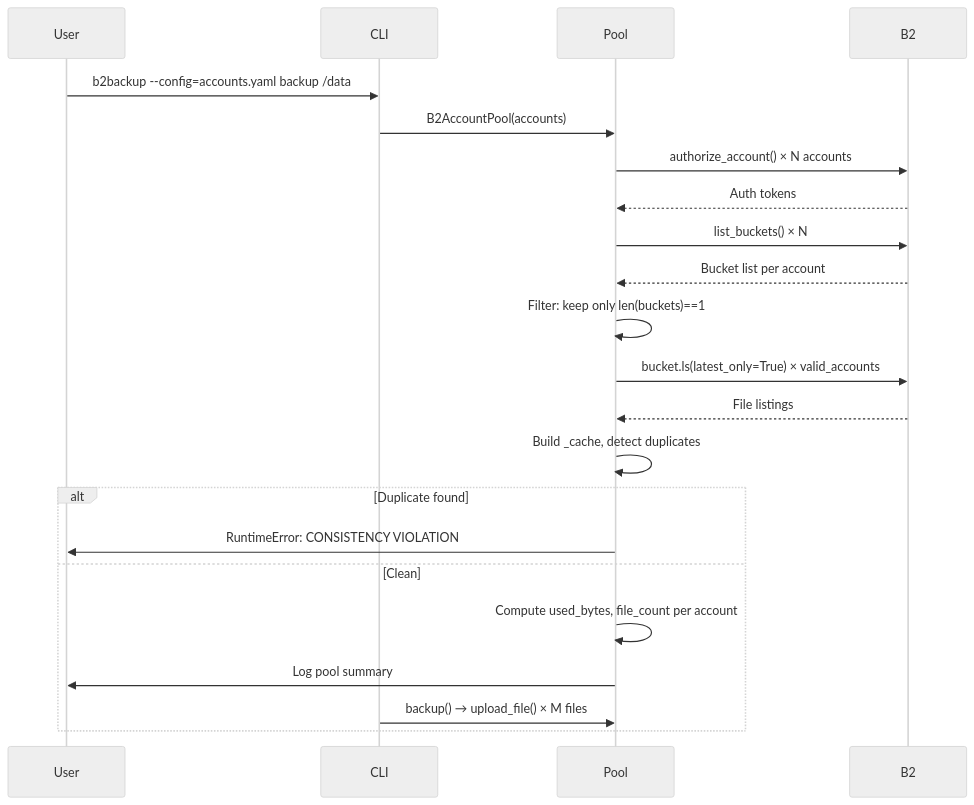
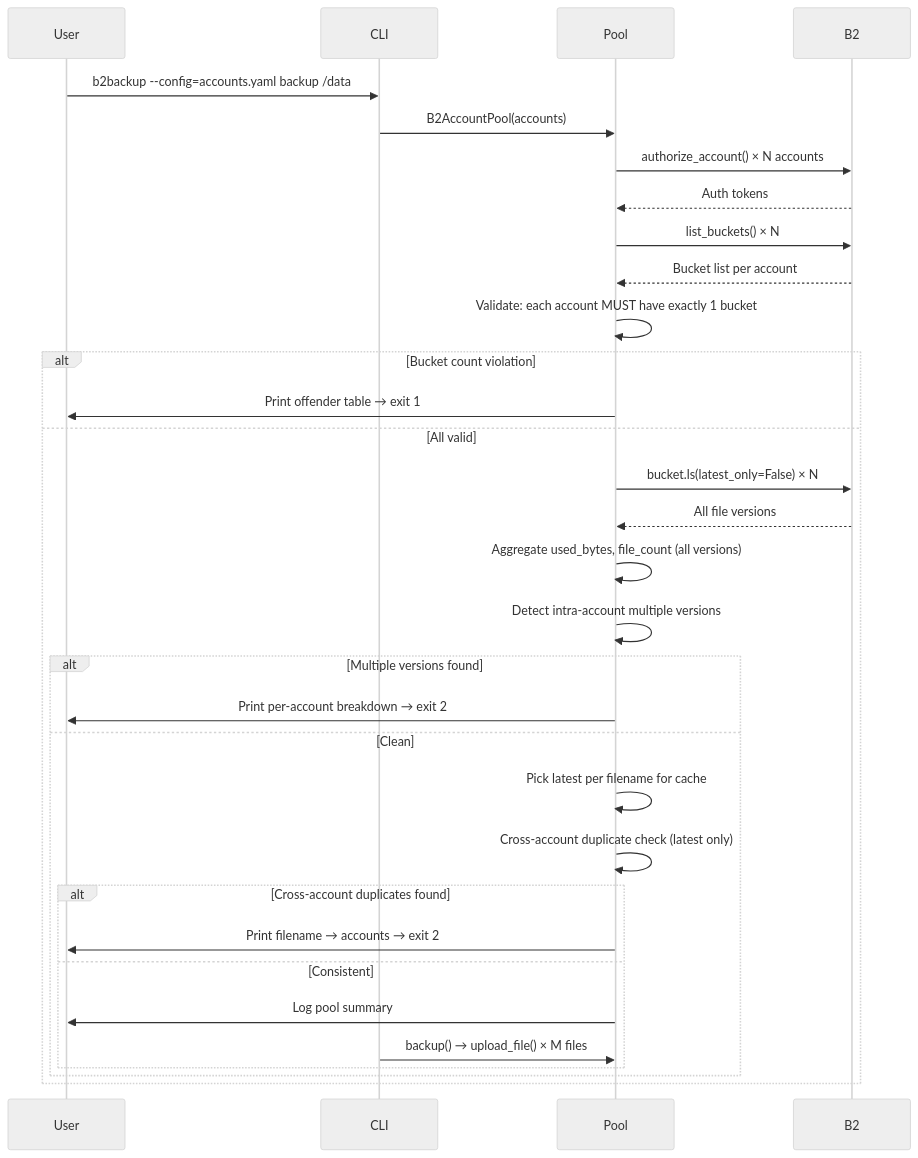
Before and after one commit to txtr/b2backup: the sixth of 6 diagrams in README.md, drawn with Mermaid (neutral theme). The commit also changed other lines of this file and 3 other files, not shown here.

First line of the commit message:
Strict startup validation: bucket count, intra-versions, cross-duplicates

````diff
--- a/README.md
+++ b/README.md
@@ -267,25 +269,35 @@
 ```mermaid
 sequenceDiagram
     participant User
     participant CLI
     participant Pool
     participant B2
 
     User->>CLI: b2backup --config=accounts.yaml backup /data
     CLI->>Pool: B2AccountPool(accounts)
     Pool->>B2: authorize_account() × N accounts
     B2-->>Pool: Auth tokens
     Pool->>B2: list_buckets() × N
     B2-->>Pool: Bucket list per account
-    Pool->>Pool: Filter: keep only len(buckets)==1
-    Pool->>B2: bucket.ls(latest_only=True) × valid_accounts
-    B2-->>Pool: File listings
-    Pool->>Pool: Build _cache, detect duplicates
-    alt Duplicate found
-        Pool->>User: RuntimeError: CONSISTENCY VIOLATION
-    else Clean
-        Pool->>Pool: Compute used_bytes, file_count per account
-        Pool->>User: Log pool summary
-        CLI->>Pool: backup() → upload_file() × M files
+    Pool->>Pool: Validate: each account MUST have exactly 1 bucket
+    alt Bucket count violation
+        Pool->>User: Print offender table → exit 1
+    else All valid
+        Pool->>B2: bucket.ls(latest_only=False) × N
+        B2-->>Pool: All file versions
+        Pool->>Pool: Aggregate used_bytes, file_count (all versions)
+        Pool->>Pool: Detect intra-account multiple versions
+        alt Multiple versions found
+            Pool->>User: Print per-account breakdown → exit 2
+        else Clean
+            Pool->>Pool: Pick latest per filename for cache
+            Pool->>Pool: Cross-account duplicate check (latest only)
+            alt Cross-account duplicates found
+                Pool->>User: Print filename → accounts → exit 2
+            else Consistent
+                Pool->>User: Log pool summary
+                CLI->>Pool: backup() → upload_file() × M files
+            end
+        end
     end
 ```
````
